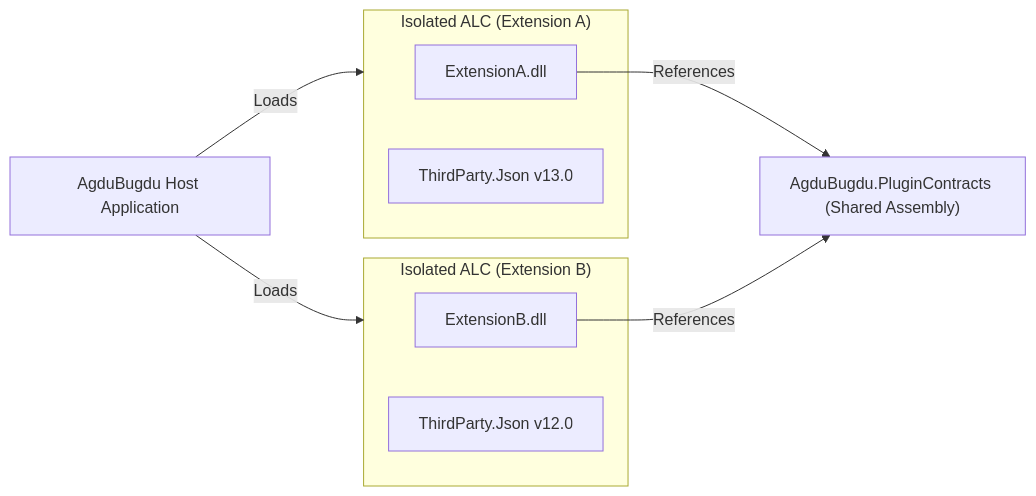
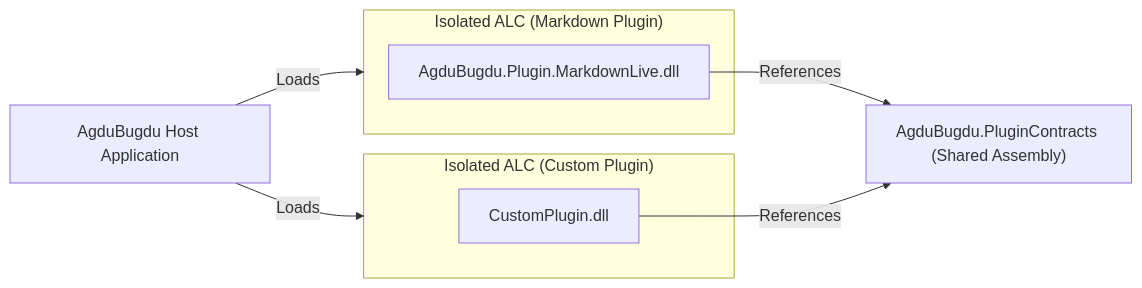
Before and after one commit to indoctrinatedrecluse/AgduBugdu: the second of 2 diagrams in README.md, drawn with Mermaid. The commit also changed other lines of this file, not shown here.

Commit message:
docs: update README with current specification, architecture, tools, and completed milestones

````diff
--- a/README.md
+++ b/README.md
@@ -119,20 +117,18 @@
 ```mermaid
 flowchart LR
     HostApp["AgduBugdu Host Application"]
     Contracts["AgduBugdu.PluginContracts (Shared Assembly)"]
     
-    subgraph ALC1 ["Isolated ALC (Extension A)"]
-        ExtA["ExtensionA.dll"]
-        DepA["ThirdParty.Json v13.0"]
+    subgraph ALC1 ["Isolated ALC (Markdown Plugin)"]
+        MarkdownExt["AgduBugdu.Plugin.MarkdownLive.dll"]
     end
     
-    subgraph ALC2 ["Isolated ALC (Extension B)"]
-        ExtB["ExtensionB.dll"]
-        DepB["ThirdParty.Json v12.0"]
+    subgraph ALC2 ["Isolated ALC (Custom Plugin)"]
+        CustomExt["CustomPlugin.dll"]
     end
 
     HostApp -->|Loads| ALC1
     HostApp -->|Loads| ALC2
-    ExtA -->|References| Contracts
-    ExtB -->|References| Contracts
+    MarkdownExt -->|References| Contracts
+    CustomExt -->|References| Contracts
 ```
````
